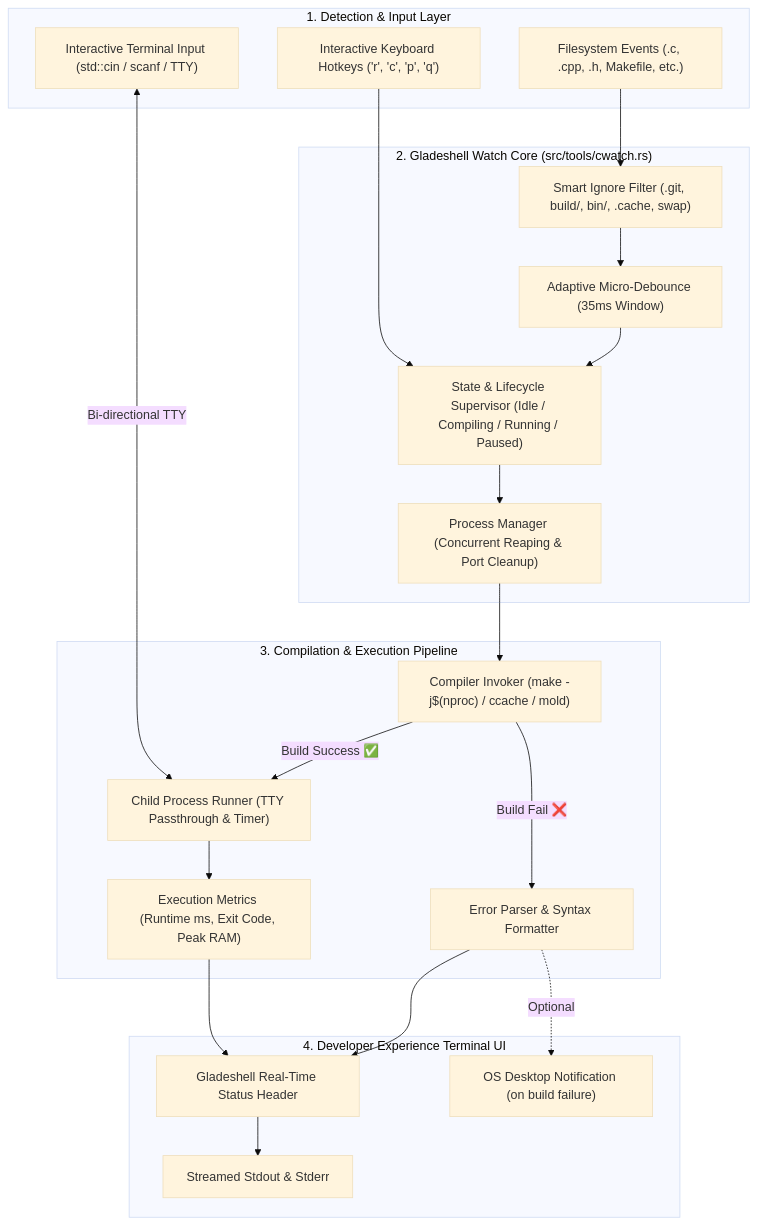
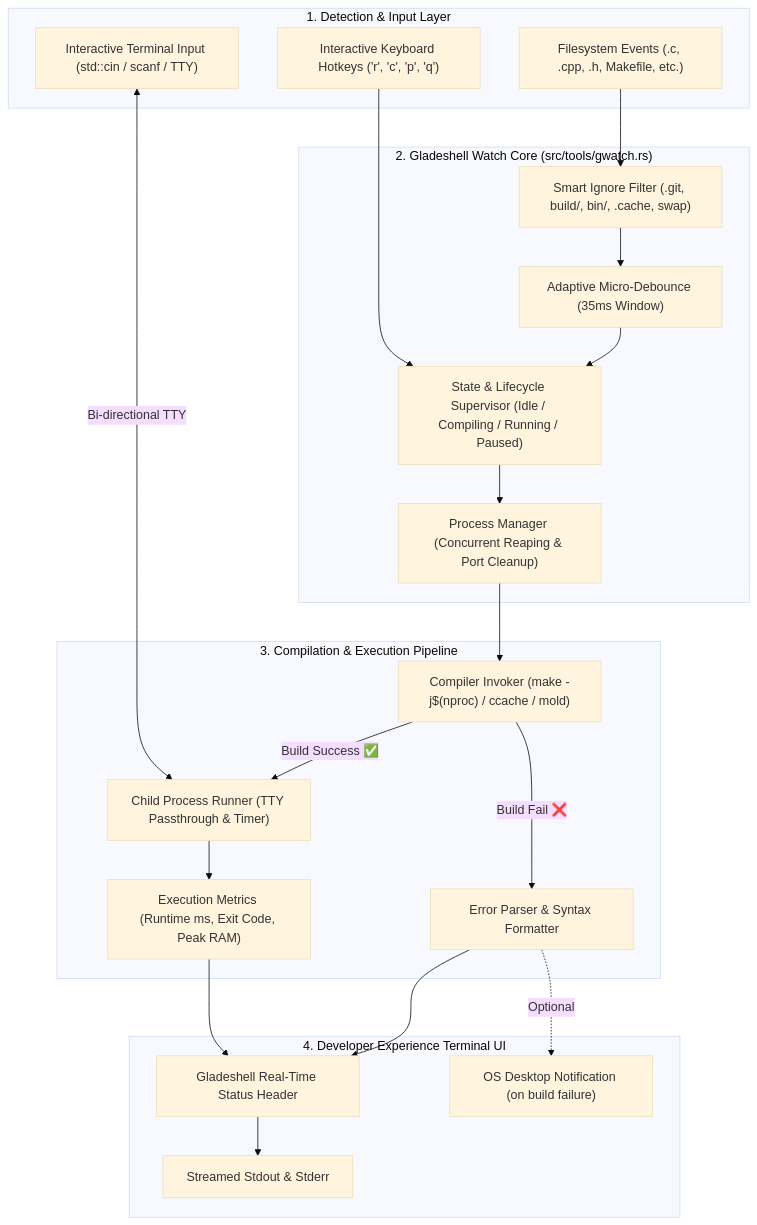
Before and after one commit to rihadjahanopu/gladeshell: the first of 3 diagrams in docs/DEV_WATCH_RUNNER_PLAN.md, drawn with Mermaid (base theme). The commit also changed other lines of this file and 12 other files, not shown here.

````diff
--- a/docs/DEV_WATCH_RUNNER_PLAN.md
+++ b/docs/DEV_WATCH_RUNNER_PLAN.md
@@ -30,41 +30,41 @@
 ```mermaid
 flowchart TD
     subgraph InputLayer ["1. Detection & Input Layer"]
         FS["Filesystem Events (.c, .cpp, .h, Makefile, etc.)"]
         KB["Interactive Keyboard Hotkeys ('r', 'c', 'p', 'q')"]
         STDIN["Interactive Terminal Input (std::cin / scanf / TTY)"]
     end
 
-    subgraph CoreEngine ["2. Gladeshell Watch Core (src/tools/cwatch.rs)"]
+    subgraph CoreEngine ["2. Gladeshell Watch Core (src/tools/gwatch.rs)"]
         IG["Smart Ignore Filter (.git, build/, bin/, .cache, swap)"]
         DB["Adaptive Micro-Debounce (35ms Window)"]
         SM["State & Lifecycle Supervisor (Idle / Compiling / Running / Paused)"]
         PM["Process Manager (Concurrent Reaping & Port Cleanup)"]
     end
 
     subgraph ExecutionLayer ["3. Compilation & Execution Pipeline"]
         COMP["Compiler Invoker (make -j$(nproc) / ccache / mold)"]
         DIAG["Error Parser & Syntax Formatter"]
         RUN["Child Process Runner (TTY Passthrough & Timer)"]
         METRICS["Execution Metrics (Runtime ms, Exit Code, Peak RAM)"]
     end
 
     subgraph UI ["4. Developer Experience Terminal UI"]
         BANNER["Gladeshell Real-Time Status Header"]
         OUT["Streamed Stdout & Stderr"]
         NOTIF["OS Desktop Notification (on build failure)"]
     end
 
     FS --> IG
     IG --> DB
     DB --> SM
     KB --> SM
     SM --> PM
     PM --> COMP
     COMP -->|Build Fail ❌| DIAG --> BANNER
     COMP -->|Build Success ✅| RUN
     STDIN <-->|Bi-directional TTY| RUN
     RUN --> METRICS --> BANNER
     BANNER --> OUT
     DIAG -.->|Optional| NOTIF
 ```
````
